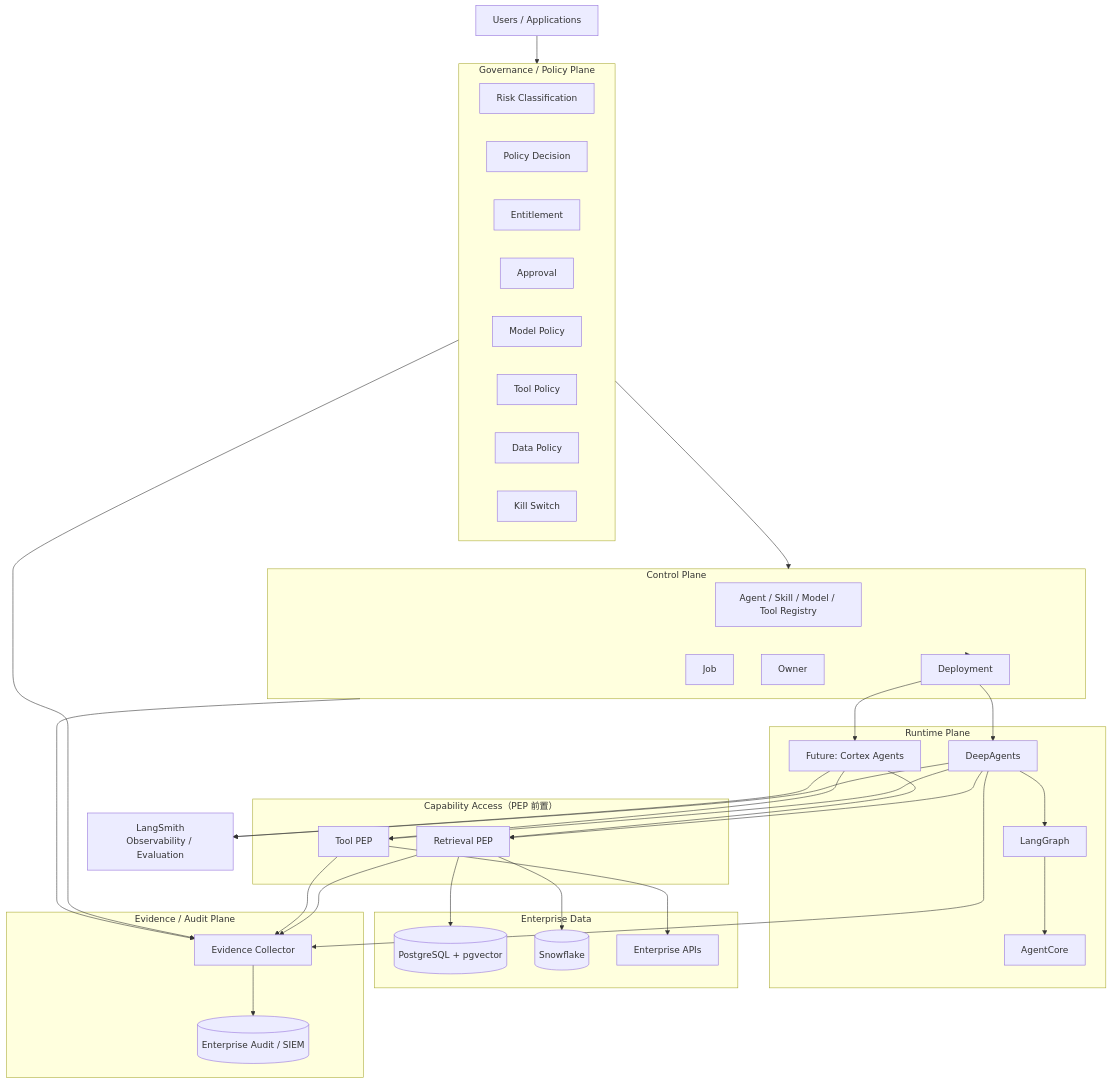
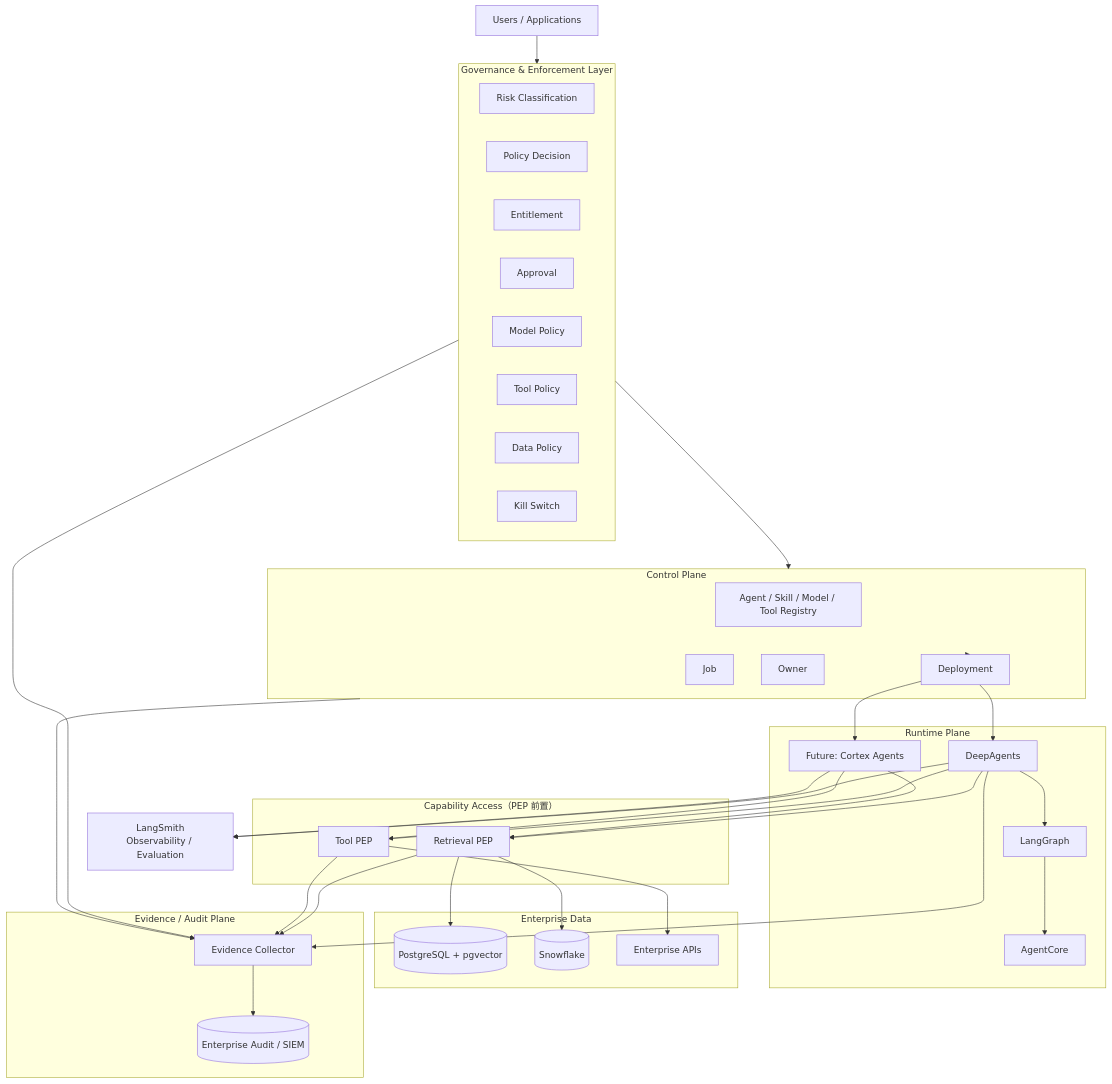
Before and after one commit to devweekly/devweekly.github.io: the third of 8 diagrams in temp/agent研究.md, drawn with Mermaid. The commit also changed other lines of this file and 2 other files, not shown here.

````diff
--- a/temp/agent研究.md
+++ b/temp/agent研究.md
@@ -510,75 +547,75 @@
 ```mermaid
 flowchart TB
 
     USER[Users / Applications]
 
-    subgraph GOV["Governance / Policy Plane"]
+    subgraph GOV["Governance & Enforcement Layer"]
         RC[Risk Classification]
         POL[Policy Decision]
         ENT[Entitlement]
         APR[Approval]
         MP[Model Policy]
         TP[Tool Policy]
         DPOL[Data Policy]
         KILL[Kill Switch]
     end
 
     subgraph CP["Control Plane"]
         REG[Agent / Skill / Model / Tool Registry]
         DEP[Deployment]
         JOB[Job]
         OWN[Owner]
     end
 
     subgraph RT["Runtime Plane"]
         DA[DeepAgents]
         LG[LangGraph]
         AC[AgentCore]
         CA[Future: Cortex Agents]
     end
 
     subgraph ACCESS["Capability Access（PEP 前置）"]
         RETPEP[Retrieval PEP]
         TOOLPEP[Tool PEP]
     end
 
     subgraph DATA["Enterprise Data"]
         PG[(PostgreSQL + pgvector)]
         SF[(Snowflake)]
         EXT[Enterprise APIs]
     end
 
     subgraph EVID["Evidence / Audit Plane"]
         EC[Evidence Collector]
         AUDIT[(Enterprise Audit / SIEM)]
     end
 
     LS[LangSmith<br/>Observability / Evaluation]
 
     USER --> GOV
     GOV --> CP
     CP --> DEP
     DEP --> DA
     DEP --> CA
     DA --> LG
     LG --> AC
 
     DA --> RETPEP
     CA --> RETPEP
     DA --> TOOLPEP
     CA --> TOOLPEP
 
     RETPEP --> PG
     RETPEP --> SF
     TOOLPEP --> EXT
 
     DA --> LS
     CA --> LS
 
     DA --> EC
     GOV --> EC
     CP --> EC
     RETPEP --> EC
     TOOLPEP --> EC
     EC --> AUDIT
 ```
````
